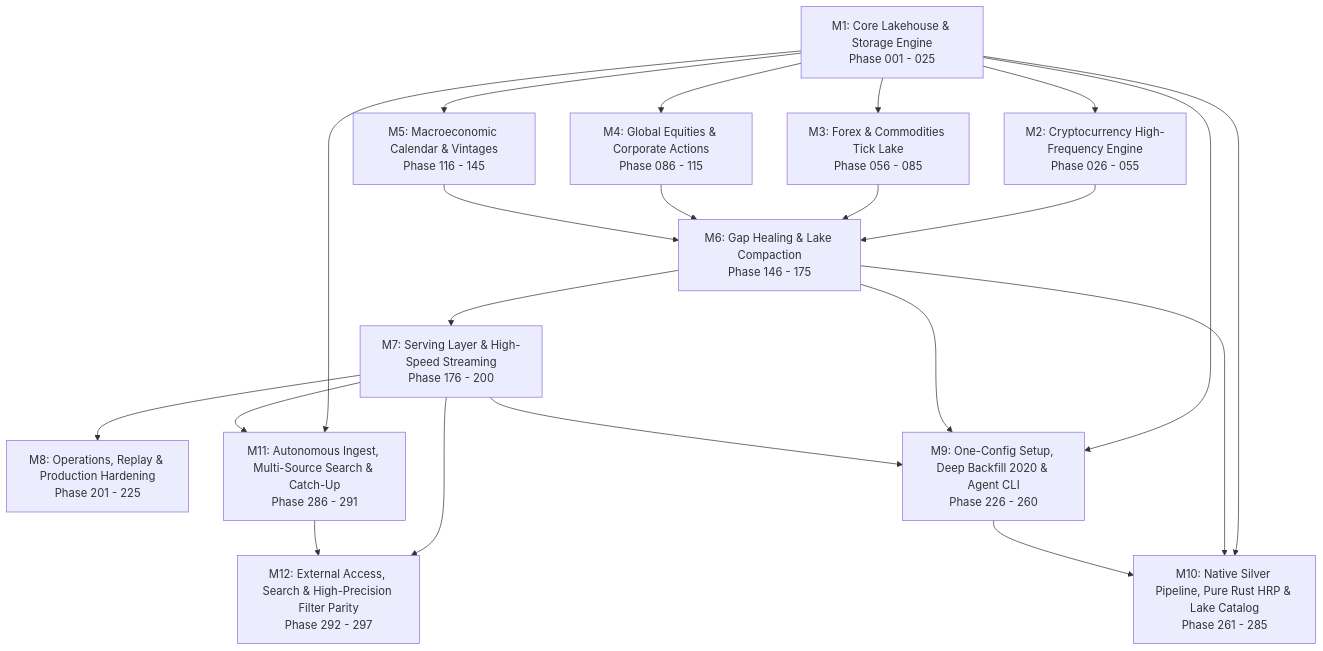
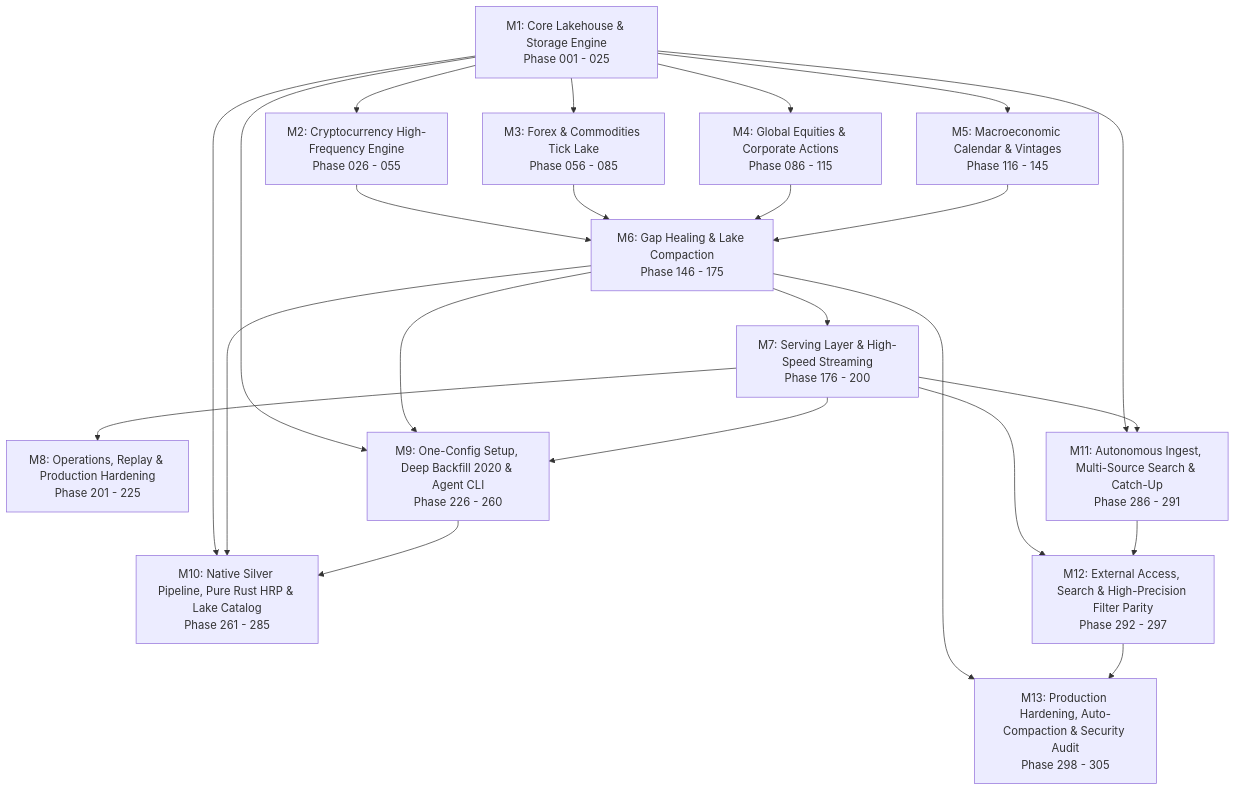
One commit to ihkaru/economy-aggregator changed the diagram in docs/roadmap/ROADMAP.md. Above: the diagram before and after it, drawn with Mermaid. The commit also changed other lines of this file and 19 other files, not shown here.

Commit message:
feat(m13,security,storage): add Milestone 13 hardening, OWASP headers, path validation, auto-compaction, spawn_blocking I/O, and Web UI API key auth

````diff
--- a/docs/roadmap/ROADMAP.md
+++ b/docs/roadmap/ROADMAP.md
@@ -13,14 +13,15 @@
 ```mermaid
 flowchart TD
     M1[M1: Core Lakehouse & Storage Engine<br/>Phase 001 - 025] --> M2[M2: Cryptocurrency High-Frequency Engine<br/>Phase 026 - 055]
     M1 --> M3[M3: Forex & Commodities Tick Lake<br/>Phase 056 - 085]
     M1 --> M4[M4: Global Equities & Corporate Actions<br/>Phase 086 - 115]
     M1 --> M5[M5: Macroeconomic Calendar & Vintages<br/>Phase 116 - 145]
     M2 & M3 & M4 & M5 --> M6[M6: Gap Healing & Lake Compaction<br/>Phase 146 - 175]
     M6 --> M7[M7: Serving Layer & High-Speed Streaming<br/>Phase 176 - 200]
     M7 --> M8[M8: Operations, Replay & Production Hardening<br/>Phase 201 - 225]
     M1 & M6 & M7 --> M9[M9: One-Config Setup, Deep Backfill 2020 & Agent CLI<br/>Phase 226 - 260]
     M1 & M6 & M9 --> M10[M10: Native Silver Pipeline, Pure Rust HRP & Lake Catalog<br/>Phase 261 - 285]
     M1 & M7 --> M11[M11: Autonomous Ingest, Multi-Source Search & Catch-Up<br/>Phase 286 - 291]
     M7 & M11 --> M12[M12: External Access, Search & High-Precision Filter Parity<br/>Phase 292 - 297]
+    M6 & M12 --> M13[M13: Production Hardening, Auto-Compaction & Security Audit<br/>Phase 298 - 305]
 ```
````
